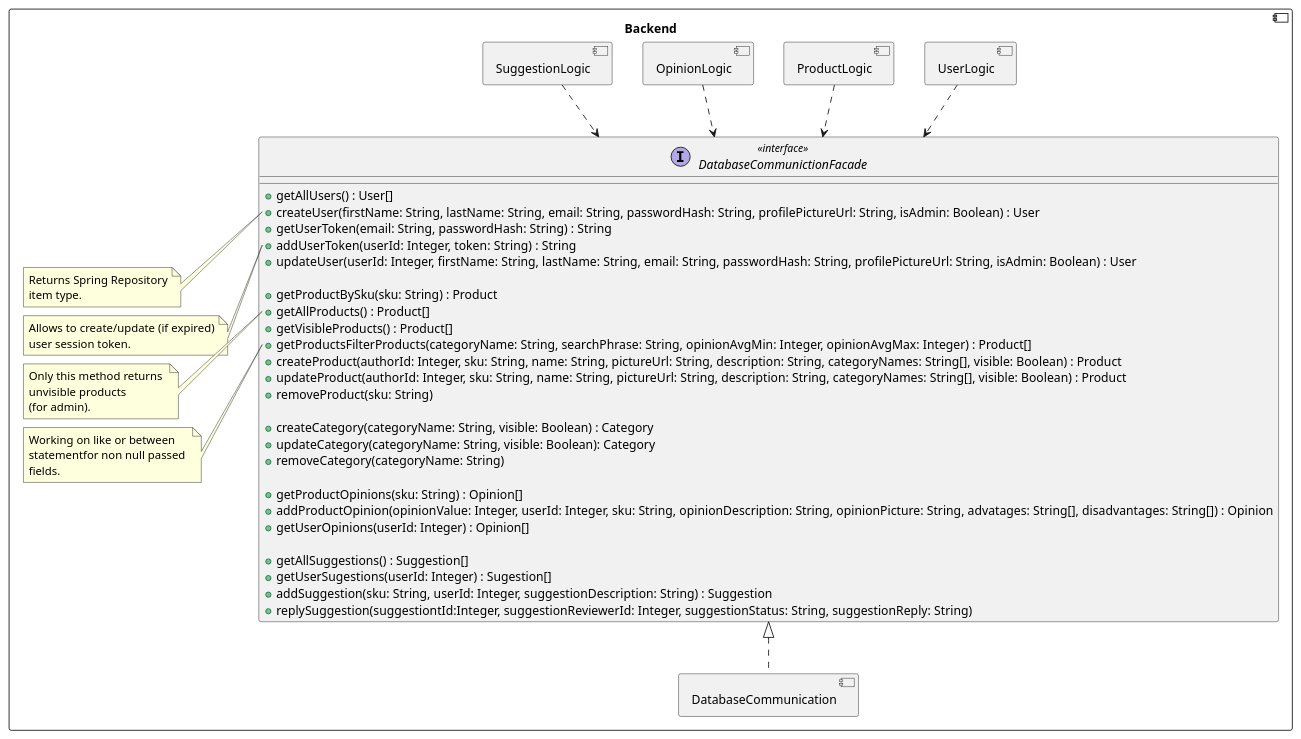
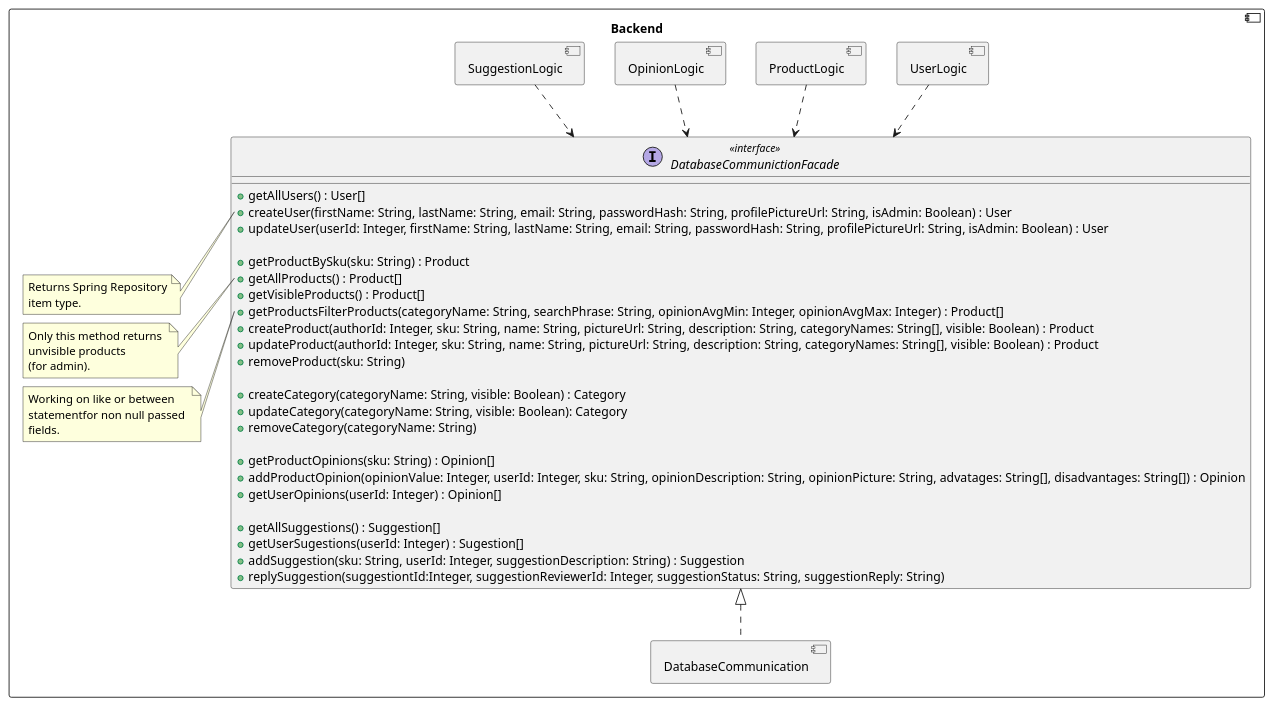
The second of 2 diagrams in backend/DatabaseCommunication.md (RadekBucki/OpinionCollectorArchitecture), drawn with PlantUML before and after one commit. The commit also changed 2 other files, not shown here.

Commit message:
Remove token logic from DatabaseCommunication

````diff
--- a/backend/DatabaseCommunication.md
+++ b/backend/DatabaseCommunication.md
@@ -27,74 +27,67 @@
 ```plantuml
 @startuml
 component Backend {
     component UserLogic {
     }
     component ProductLogic {
     }
     component OpinionLogic {
     }
     component SuggestionLogic {
     }
     
     component DatabaseCommunication {
     }
     
     interface DatabaseCommunictionFacade <<interface>> {
         + getAllUsers() : User[]
         + createUser(firstName: String, lastName: String, email: String, passwordHash: String, profilePictureUrl: String, isAdmin: Boolean) : User
-        + getUserToken(email: String, passwordHash: String) : String
-        + addUserToken(userId: Integer, token: String) : String
         + updateUser(userId: Integer, firstName: String, lastName: String, email: String, passwordHash: String, profilePictureUrl: String, isAdmin: Boolean) : User
     
         + getProductBySku(sku: String) : Product
         + getAllProducts() : Product[]
         + getVisibleProducts() : Product[]
         + getProductsFilterProducts(categoryName: String, searchPhrase: String, opinionAvgMin: Integer, opinionAvgMax: Integer) : Product[]
         + createProduct(authorId: Integer, sku: String, name: String, pictureUrl: String, description: String, categoryNames: String[], visible: Boolean) : Product
         + updateProduct(authorId: Integer, sku: String, name: String, pictureUrl: String, description: String, categoryNames: String[], visible: Boolean) : Product
         + removeProduct(sku: String)
 
         + createCategory(categoryName: String, visible: Boolean) : Category
         + updateCategory(categoryName: String, visible: Boolean): Category
         + removeCategory(categoryName: String)
         
         + getProductOpinions(sku: String) : Opinion[]
         + addProductOpinion(opinionValue: Integer, userId: Integer, sku: String, opinionDescription: String, opinionPicture: String, advatages: String[], disadvantages: String[]) : Opinion
         + getUserOpinions(userId: Integer) : Opinion[]
         
         + getAllSuggestions() : Suggestion[]
         + getUserSugestions(userId: Integer) : Sugestion[]
         + addSuggestion(sku: String, userId: Integer, suggestionDescription: String) : Suggestion
         + replySuggestion(suggestiontId:Integer, suggestionReviewerId: Integer, suggestionStatus: String, suggestionReply: String)
     }
     note left of DatabaseCommunictionFacade::createUser
         Returns Spring Repository
         item type.
     endnote
     
-    note left of DatabaseCommunictionFacade::addUserToken
-        Allows to create/update (if expired)
-        user session token.
-    endnote
-    
     note left of DatabaseCommunictionFacade::getAllProducts
         Only this method returns 
         unvisible products
         (for admin).
     endnote
     
     note left of DatabaseCommunictionFacade::getProductsFilterProducts
         Working on like or between 
         statementfor non null passed 
         fields.
     endnote
     
     UserLogic                   ..>  DatabaseCommunictionFacade
     ProductLogic                ..>  DatabaseCommunictionFacade
     OpinionLogic                ..>  DatabaseCommunictionFacade
     SuggestionLogic             ..>  DatabaseCommunictionFacade
     DatabaseCommunictionFacade  <|..  DatabaseCommunication
 }
 
 @enduml 
 ```
````
